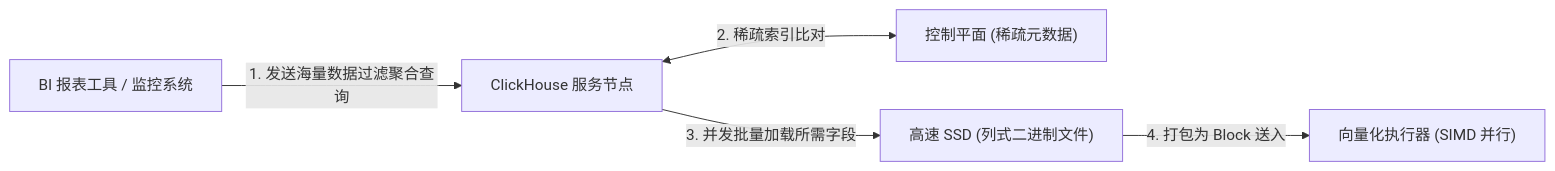
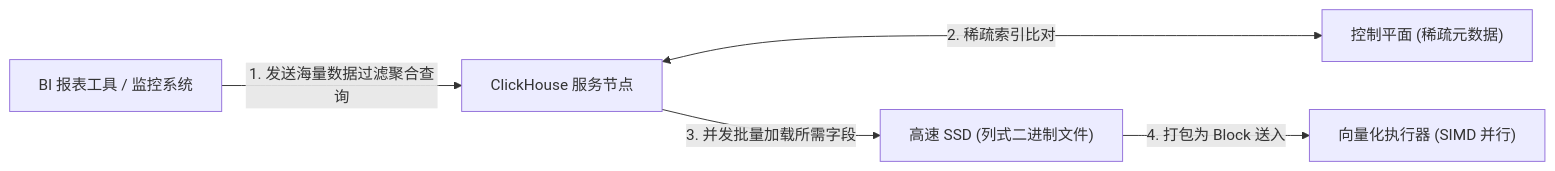
One commit to koosai/AI-Architect-Learning changed the third of 7 diagrams in docs/atlas/clickhouse.mdx. Above: the diagram before and after it, drawn with Mermaid. The commit also changed 68 other files, not shown here.

Commit message:
fix(atlas): fix browser client-side Mermaid rendering for mindmaps and flowcharts across 67 case studies

````diff
--- a/docs/atlas/clickhouse.mdx
+++ b/docs/atlas/clickhouse.mdx
@@ -107,7 +107,7 @@
 ```mermaid
 graph LR
   User["BI 报表工具 / 监控系统"] -->|1. 发送海量数据过滤聚合查询| ClickHouse_Endpoint["ClickHouse 服务节点"]
-  ClickHouse_Endpoint <-->|2. 稀疏索引比对| MergeTree_Index["控制平面 (稀疏元数据)"]
+  ClickHouse_Endpoint <--->|2. 稀疏索引比对| MergeTree_Index["控制平面 (稀疏元数据)"]
   ClickHouse_Endpoint -->|3. 并发批量加载所需字段| Disk_Storage["高速 SSD (列式二进制文件)"]
   Disk_Storage -->|4. 打包为 Block 送入| Vector_Engine["向量化执行器 (SIMD 并行)"]
 ```
````
